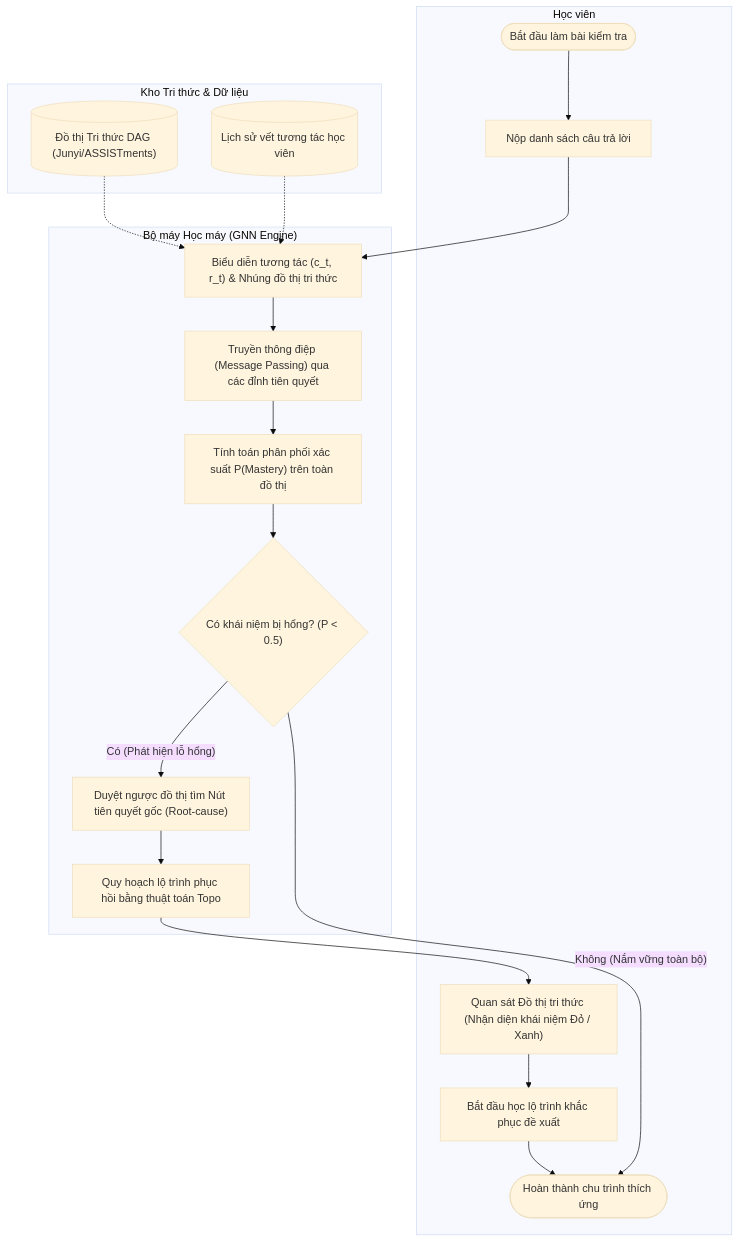
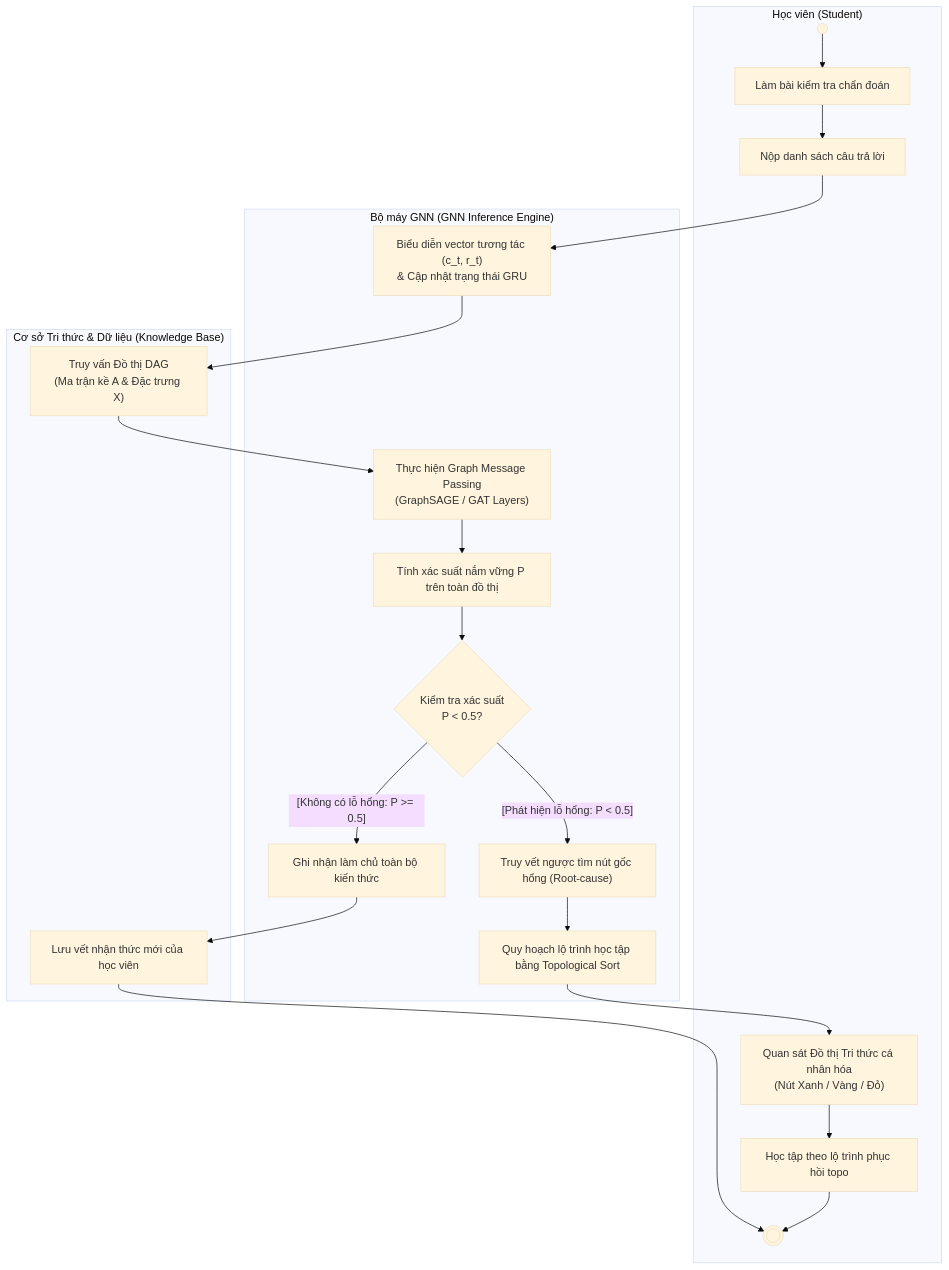
One commit to ThuanKimFreeFireKing18/BrainMemo changed the second of 5 diagrams in docs/system_analysis_and_design.md. Above: the diagram before and after it, drawn with Mermaid (base theme). The commit also changed other lines of this file, not shown here.

````diff
--- a/docs/system_analysis_and_design.md
+++ b/docs/system_analysis_and_design.md
@@ -87,35 +87,42 @@
 ```mermaid
 flowchart TD
-    subgraph Swimlane_Student["Học viên"]
-        Act_Start([Bắt đầu làm bài kiểm tra]) --> Act_Submit["Nộp danh sách câu trả lời"]
-        Act_ViewReport["Quan sát Đồ thị tri thức (Nhận diện khái niệm Đỏ / Xanh)"]
-        Act_Learn["Bắt đầu học lộ trình khắc phục đề xuất"] --> Act_End([Hoàn thành chu trình thích ứng])
+    %% Định nghĩa 3 làn phân cấp (Swimlanes)
+    subgraph Lane1["Học viên (Student)"]
+        A_Start(( )) --> A_TakeQuiz["Làm bài kiểm tra chẩn đoán"]
+        A_TakeQuiz --> A_Submit["Nộp danh sách câu trả lời"]
+        A_ViewGraph["Quan sát Đồ thị Tri thức cá nhân hóa<br/>(Nút Xanh / Vàng / Đỏ)"]
+        A_FollowPath["Học tập theo lộ trình phục hồi topo"] --> A_End((( )))
     end
 
-    subgraph Swimlane_GNN["Bộ máy Học máy (GNN Engine)"]
-        Proc_Vectorize["Biểu diễn tương tác (c_t, r_t) & Nhúng đồ thị tri thức"]
-        Proc_MessagePassing["Truyền thông điệp (Message Passing) qua các đỉnh tiên quyết"]
-        Proc_Predict["Tính toán phân phối xác suất P(Mastery) trên toàn đồ thị"]
-        Proc_Diagnosis{"Có khái niệm bị hổng? (P < 0.5)"}
-        Proc_TraceRoot["Duyệt ngược đồ thị tìm Nút tiên quyết gốc (Root-cause)"]
-        Proc_Plan["Quy hoạch lộ trình phục hồi bằng thuật toán Topo"]
+    subgraph Lane2["Bộ máy GNN (GNN Inference Engine)"]
+        B_Vectorize["Biểu diễn vector tương tác (c_t, r_t)<br/>& Cập nhật trạng thái GRU"]
+        B_MessagePassing["Thực hiện Graph Message Passing<br/>(GraphSAGE / GAT Layers)"]
+        B_Predict["Tính xác suất nắm vững P trên toàn đồ thị"]
+        B_Check{"Kiểm tra xác suất<br/>P < 0.5?"}
+        B_TraceRoot["Truy vết ngược tìm nút gốc hổng (Root-cause)"]
+        B_TopoSort["Quy hoạch lộ trình học tập bằng Topological Sort"]
+        B_MasteryUpdate["Ghi nhận làm chủ toàn bộ kiến thức"]
     end
 
-    subgraph Swimlane_Storage["Kho Tri thức & Dữ liệu"]
-        Data_KG[("Đồ thị Tri thức DAG (Junyi/ASSISTments)")]
-        Data_Logs[("Lịch sử vết tương tác học viên")]
+    subgraph Lane3["Cơ sở Tri thức & Dữ liệu (Knowledge Base)"]
+        C_FetchGraph["Truy vấn Đồ thị DAG<br/>(Ma trận kề A & Đặc trưng X)"]
+        C_LogState["Lưu vết nhận thức mới của học viên"]
     end
 
-    Act_Submit --> Proc_Vectorize
-    Data_KG -.-> Proc_Vectorize
-    Data_Logs -.-> Proc_Vectorize
-    Proc_Vectorize --> Proc_MessagePassing
-    Proc_MessagePassing --> Proc_Predict
-    Proc_Predict --> Proc_Diagnosis
-    
-    Proc_Diagnosis -- "Không (Nắm vững toàn bộ)" --> Act_End
-    Proc_Diagnosis -- "Có (Phát hiện lỗ hổng)" --> Proc_TraceRoot
-    Proc_TraceRoot --> Proc_Plan
-    Proc_Plan --> Act_ViewReport
-    Act_ViewReport --> Act_Learn
+    %% Luồng chuyển tiếp liên làn (Cross-swimlane transitions)
+    A_Submit --> B_Vectorize
+    B_Vectorize --> C_FetchGraph
+    C_FetchGraph --> B_MessagePassing
+    B_MessagePassing --> B_Predict
+    B_Predict --> B_Check
+
+    %% Rẽ nhánh điều kiện [guard conditions]
+    B_Check -- "[Không có lỗ hổng: P >= 0.5]" --> B_MasteryUpdate
+    B_MasteryUpdate --> C_LogState
+    C_LogState --> A_End
+
+    B_Check -- "[Phát hiện lỗ hổng: P < 0.5]" --> B_TraceRoot
+    B_TraceRoot --> B_TopoSort
+    B_TopoSort --> A_ViewGraph
+    A_ViewGraph --> A_FollowPath
 ```
````
